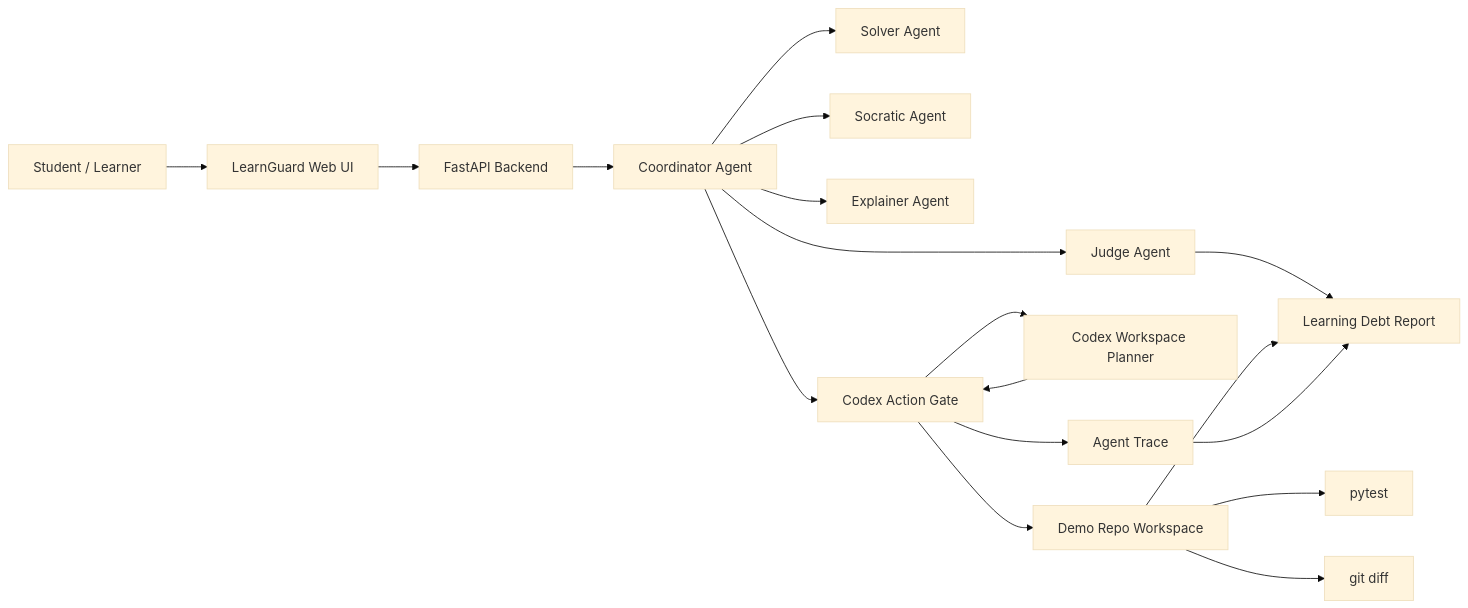
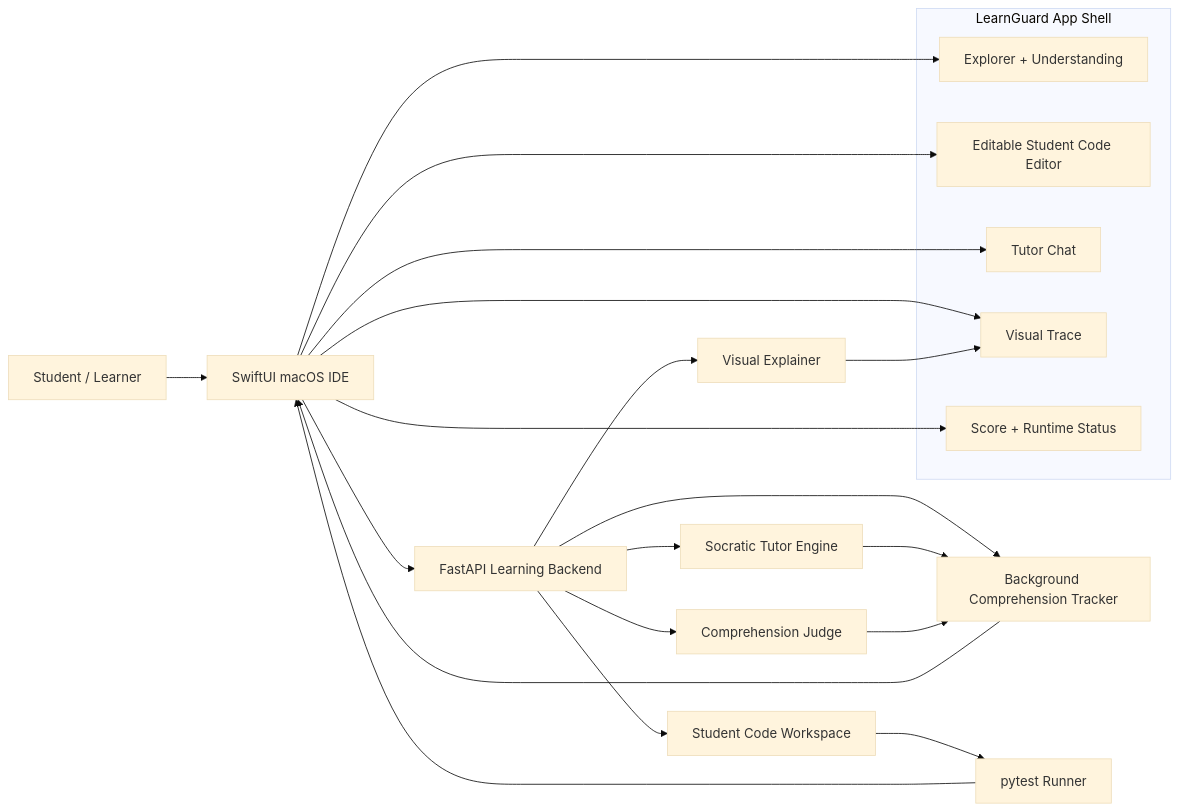
Before and after one commit to minchiaHuang/LearnGuard: the first of 3 diagrams in ARCHITECTURE.md, drawn with Mermaid (base theme). The commit also changed other lines of this file and 22 other files, not shown here.

````diff
--- a/ARCHITECTURE.md
+++ b/ARCHITECTURE.md
@@ -11,24 +13,32 @@
 ```mermaid
 flowchart LR
-    Student["Student / Learner"] --> UI["LearnGuard Web UI"]
-    UI --> API["FastAPI Backend"]
-    API --> Coordinator["Coordinator Agent"]
+    Student["Student / Learner"] --> App["SwiftUI macOS IDE"]
 
-    Coordinator --> Solver["Solver Agent"]
-    Coordinator --> Socratic["Socratic Agent"]
-    Coordinator --> Judge["Judge Agent"]
-    Coordinator --> Explainer["Explainer Agent"]
+    subgraph AppShell["LearnGuard App Shell"]
+        Explorer["Explorer + Understanding"]
+        Editor["Editable Student Code Editor"]
+        TutorPanel["Tutor Chat"]
+        VisualPanel["Visual Trace"]
+        Status["Score + Runtime Status"]
+    end
 
-    Coordinator --> Gate["Codex Action Gate"]
-    Gate --> Codex["Codex Workspace Planner"]
-    Codex --> Gate
-    Gate --> Workspace["Demo Repo Workspace"]
+    App --> Explorer
+    App --> Editor
+    App --> TutorPanel
+    App --> VisualPanel
+    App --> Status
 
-    Workspace --> Pytest["pytest"]
-    Workspace --> GitDiff["git diff"]
+    App --> API["FastAPI Learning Backend"]
+    API --> Tutor["Socratic Tutor Engine"]
+    API --> Judge["Comprehension Judge"]
+    API --> Explainer["Visual Explainer"]
+    API --> Workspace["Student Code Workspace"]
+    API --> Score["Background Comprehension Tracker"]
 
-    Gate --> Trace["Agent Trace"]
-    Judge --> Report["Learning Debt Report"]
-    Workspace --> Report
-    Trace --> Report
+    Workspace --> Tests["pytest Runner"]
+    Tutor --> Score
+    Judge --> Score
+    Explainer --> VisualPanel
+    Tests --> App
+    Score --> App
 ```
````
